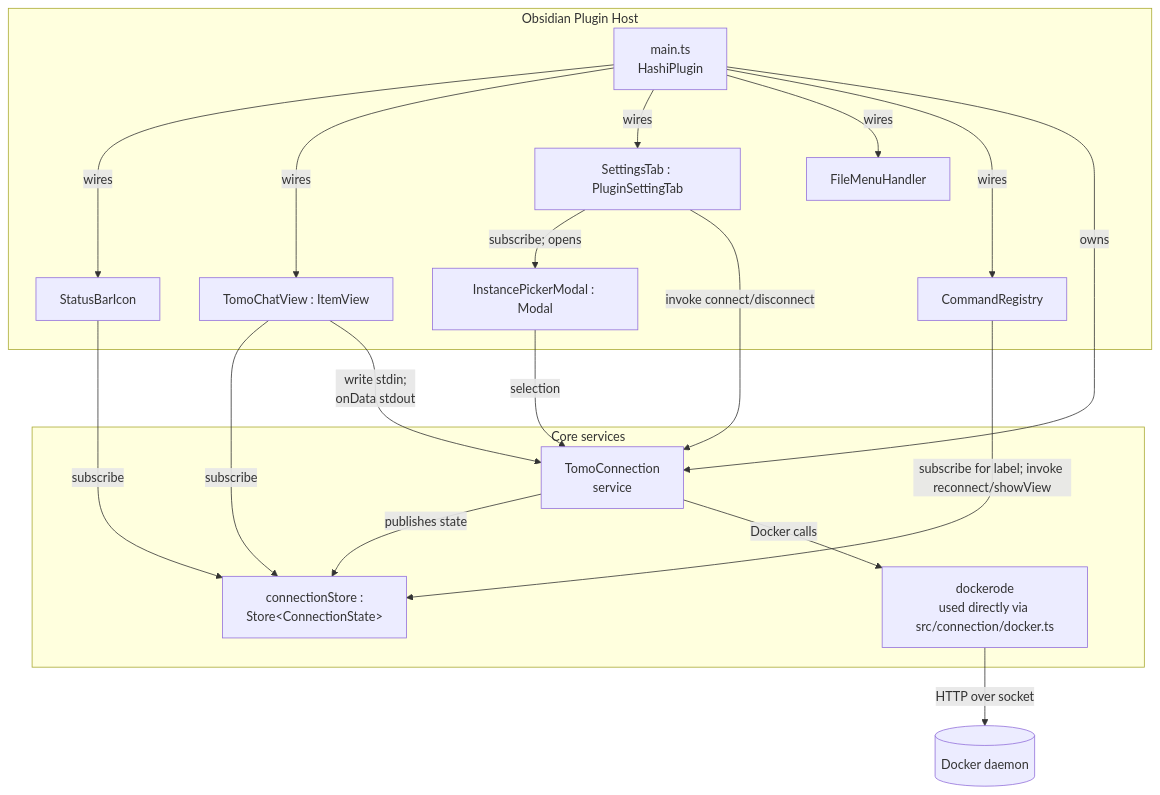
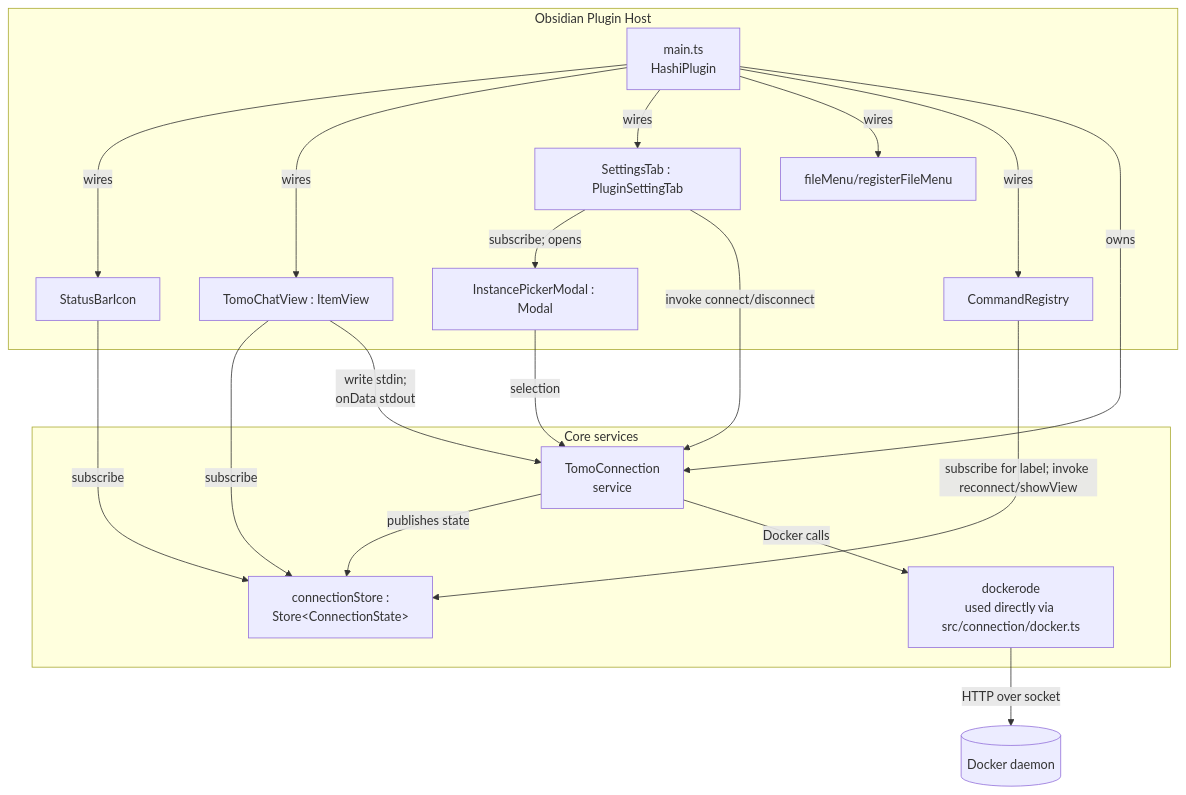
The second of 7 diagrams in docs/XDD/specs/001-session-view/solution.md (MMoMM-org/miyo-tomo-hashi), drawn with Mermaid before and after one commit. The commit also changed other lines of this file and 8 other files, not shown here.

````diff
--- a/docs/XDD/specs/001-session-view/solution.md
+++ b/docs/XDD/specs/001-session-view/solution.md
@@ -245,38 +245,38 @@
 ```mermaid
 graph TB
     subgraph Obsidian[Obsidian Plugin Host]
         Main[main.ts<br/>HashiPlugin]
         StatusBar[StatusBarIcon]
         ChatView[TomoChatView : ItemView]
         SettingsUI[SettingsTab : PluginSettingTab]
         Picker[InstancePickerModal : Modal]
-        FileMenu[FileMenuHandler]
+        FileMenu[fileMenu/registerFileMenu]
         Commands[CommandRegistry]
     end
 
     subgraph Core[Core services]
         Store["connectionStore :<br/>Store&lt;ConnectionState&gt;"]
         Service[TomoConnection<br/>service]
         Client[dockerode<br/>used directly via src/connection/docker.ts]
     end
 
     Main -->|wires| StatusBar
     Main -->|wires| ChatView
     Main -->|wires| SettingsUI
     Main -->|wires| FileMenu
     Main -->|wires| Commands
     Main -->|owns| Service
 
     StatusBar -->|subscribe| Store
     ChatView -->|subscribe| Store
     SettingsUI -->|subscribe; opens| Picker
     SettingsUI -->|invoke connect/disconnect| Service
     Picker -->|selection| Service
     Commands -->|subscribe for label; invoke reconnect/showView| Store
 
     Service -->|publishes state| Store
     Service -->|Docker calls| Client
     Client -->|HTTP over socket| Docker[(Docker daemon)]
 
     ChatView -->|write stdin;<br/>onData stdout| Service
 ```
````
